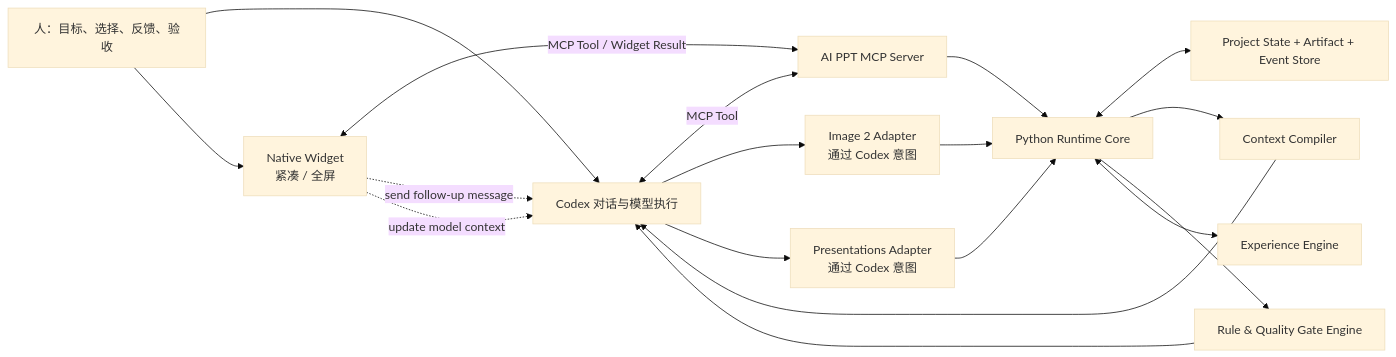
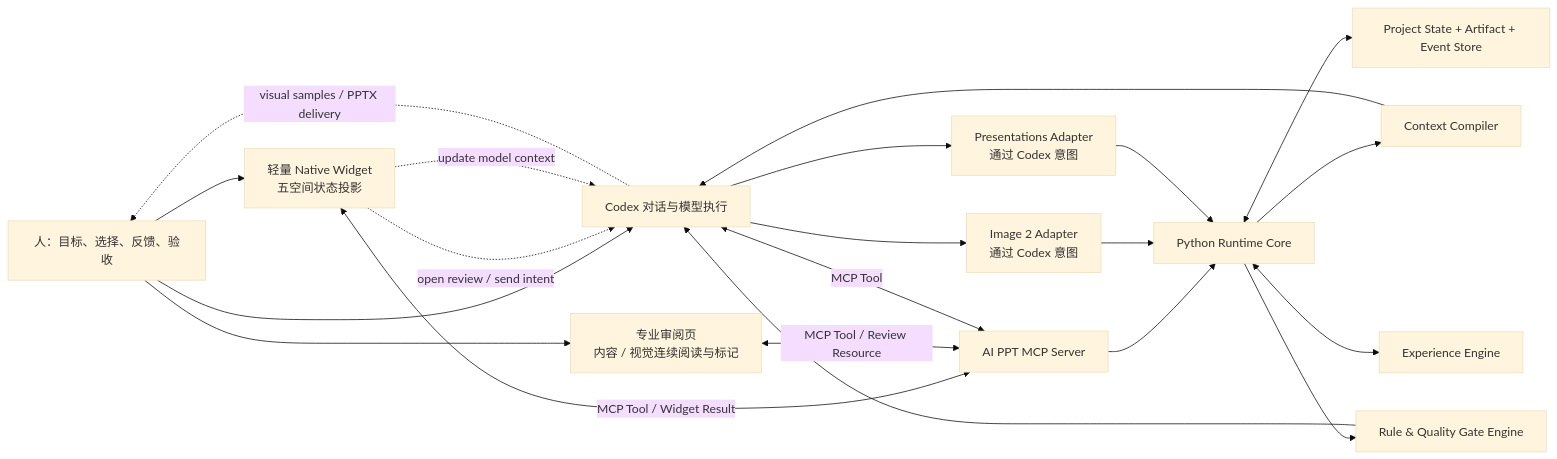
The diagram in 02-系统详细设计-v1.0.md (newlive8818-prog/ai-ppt-studio-agent-workbench), drawn with Mermaid (base theme) before and after one commit. The commit also changed other lines of this file and 4 other files, not shown here.

````diff
--- a/02-系统详细设计-v1.0.md
+++ b/02-系统详细设计-v1.0.md
@@ -69,32 +107,36 @@
 ```mermaid
 flowchart LR
     H["人：目标、选择、反馈、验收"]
     C["Codex 对话与模型执行"]
-    W["Native Widget\n紧凑 / 全屏"]
+    W["轻量 Native Widget\n五空间状态投影"]
+    V["专业审阅页\n内容 / 视觉连续阅读与标记"]
     M["AI PPT MCP Server"]
     R["Python Runtime Core"]
     S["Project State + Artifact + Event Store"]
     X["Context Compiler"]
     G["Rule & Quality Gate Engine"]
     I["Image 2 Adapter\n通过 Codex 意图"]
     P["Presentations Adapter\n通过 Codex 意图"]
     E["Experience Engine"]
 
     H --> C
     H --> W
+    H --> V
     W <-->|"MCP Tool / Widget Result"| M
+    V <-->|"MCP Tool / Review Resource"| M
     C <-->|"MCP Tool"| M
     M --> R
     R <--> S
     R --> X
     R --> G
     X --> C
     G --> C
     C --> I
     C --> P
     I --> R
     P --> R
     R <--> E
-    W -. "send follow-up message" .-> C
+    W -. "open review / send intent" .-> C
+    C -. "visual samples / PPTX delivery" .-> H
     W -. "update model context" .-> C
 ```
````
